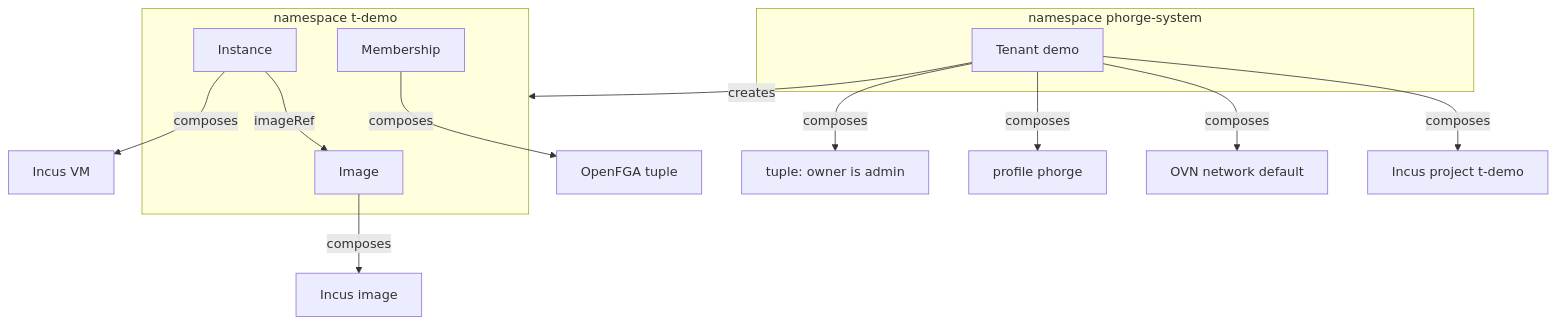
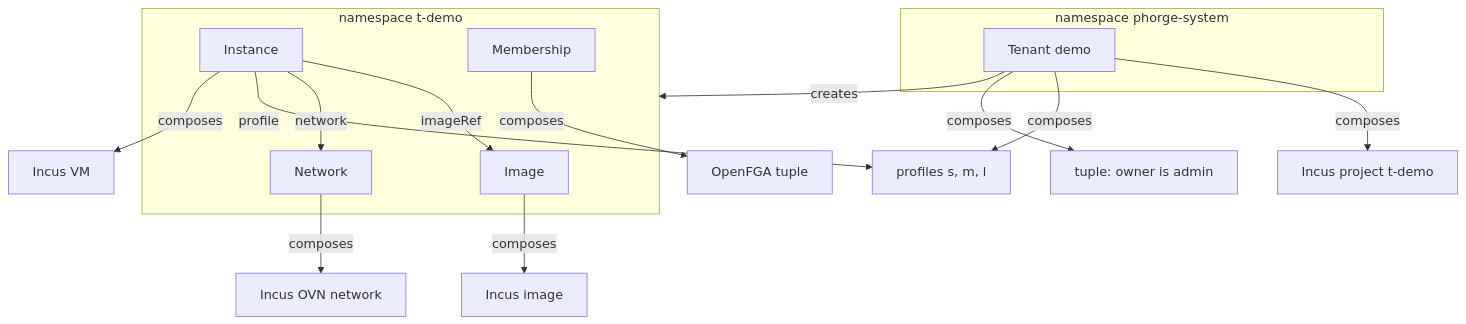
Before and after one commit to phorge-fr/Hangar: the diagram in docs/reference/phorge-api-kinds.md, drawn with Mermaid. The commit also changed other lines of this file and 18 other files, not shown here.

First line of the commit message:
control/crossplane: Make a tenant a project and three profiles, and add the Network kind

````diff
--- a/docs/reference/phorge-api-kinds.md
+++ b/docs/reference/phorge-api-kinds.md
@@ -23,20 +23,23 @@
 ```mermaid
 flowchart TB
     subgraph sys["namespace phorge-system"]
         tenant["Tenant demo"]
     end
     subgraph ns["namespace t-demo"]
         image["Image"]
+        network["Network"]
         instance["Instance"]
         member["Membership"]
     end
     tenant -->|creates| ns
     tenant -->|composes| project["Incus project t-demo"]
-    tenant -->|composes| net["OVN network default"]
-    tenant -->|composes| profile["profile phorge"]
+    tenant -->|composes| profiles["profiles s, m, l"]
     tenant -->|composes| owner["tuple: owner is admin"]
     image -->|composes| iimg["Incus image"]
+    network -->|composes| inet["Incus OVN network"]
     instance -->|imageRef| image
+    instance -->|network| network
+    instance -->|profile| profiles
     instance -->|composes| ivm["Incus VM"]
     member -->|composes| tuple["OpenFGA tuple"]
 ```
````
